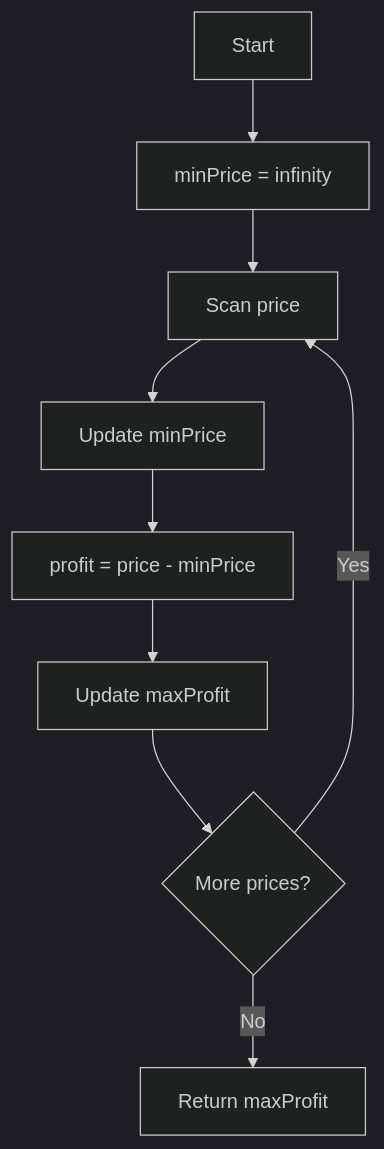
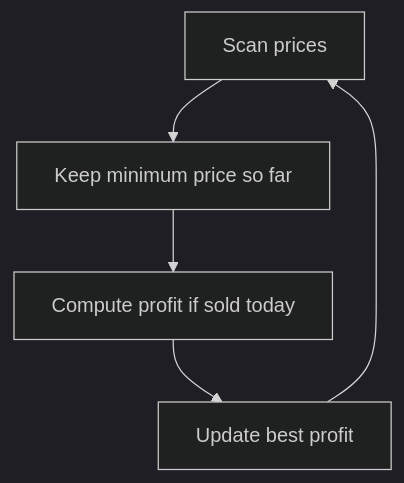
One commit to mthaiseer/springcloud-systemdesign-notes changed the seventh of 22 diagrams in CP_DSA_NOTES/CONCEPT_FRAMEWORK_FORMS_TATICS/010_GREEDY_CFFT.md. Above: the diagram before and after it, drawn with Mermaid (dark theme). The commit also changed other lines of this file and 1 other file, not shown here.

````diff
--- a/CP_DSA_NOTES/CONCEPT_FRAMEWORK_FORMS_TATICS/010_GREEDY_CFFT.md
+++ b/CP_DSA_NOTES/CONCEPT_FRAMEWORK_FORMS_TATICS/010_GREEDY_CFFT.md
@@ -252,11 +358,7 @@
 ```mermaid
 flowchart TD
-    A[Start] --> B[minPrice = infinity]
-    B --> C[Scan price]
-    C --> D[Update minPrice]
-    D --> E[profit = price - minPrice]
-    E --> F[Update maxProfit]
-    F --> G{More prices?}
-    G -->|Yes| C
-    G -->|No| H[Return maxProfit]
+    A[Scan prices] --> B[Keep minimum price so far]
+    B --> C[Compute profit if sold today]
+    C --> D[Update best profit]
+    D --> A
 ```
````
